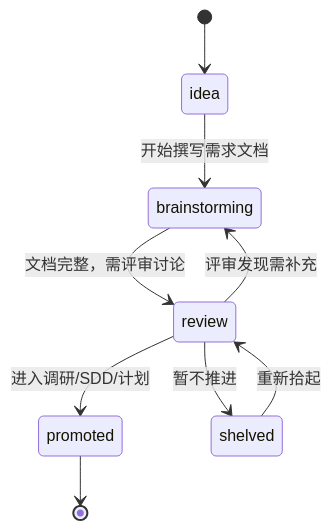
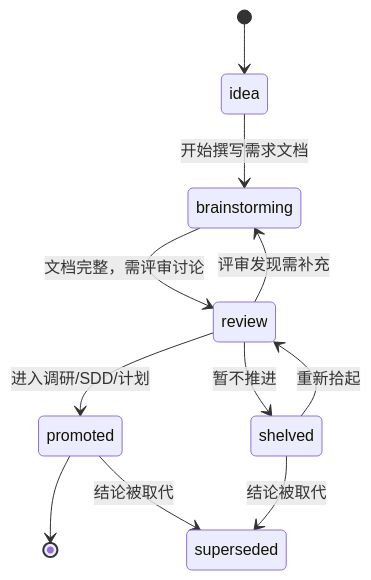
One commit to zhentai-sn/open-glaux changed the diagram in docs/brainstorms/README.md. Above: the diagram before and after it, drawn with Mermaid. The commit also changed other lines of this file and 3 other files, not shown here.

````diff
--- a/docs/brainstorms/README.md
+++ b/docs/brainstorms/README.md
@@ -9,11 +9,13 @@
 ```mermaid
 stateDiagram-v2
     [*] --> idea
     idea --> brainstorming: 开始撰写需求文档
     brainstorming --> review: 文档完整，需评审讨论
     review --> promoted: 进入调研/SDD/计划
     review --> brainstorming: 评审发现需补充
     promoted --> [*]
     review --> shelved: 暂不推进
     shelved --> review: 重新拾起
+    promoted --> superseded: 结论被取代
+    shelved --> superseded: 结论被取代
 ```
````
